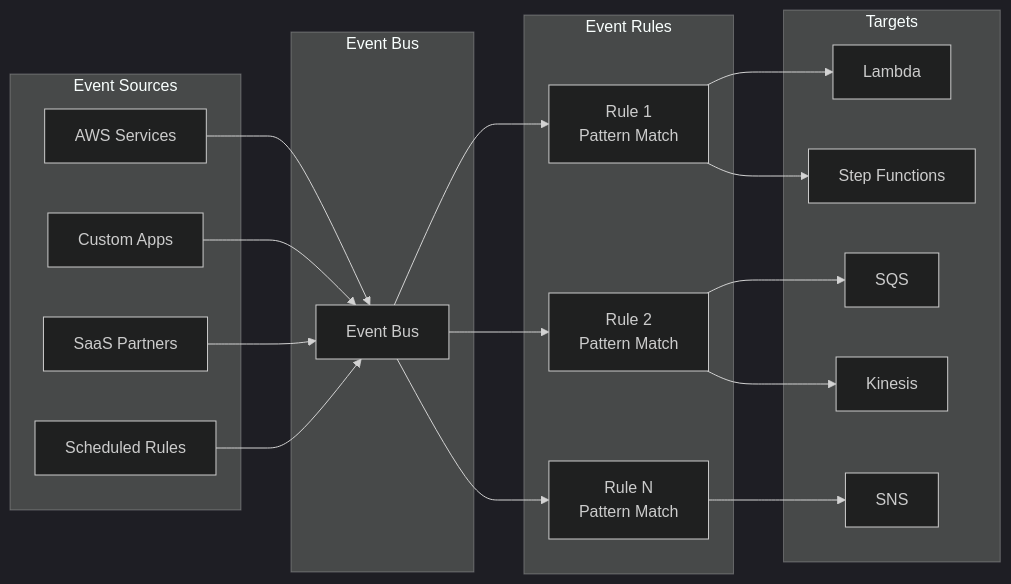
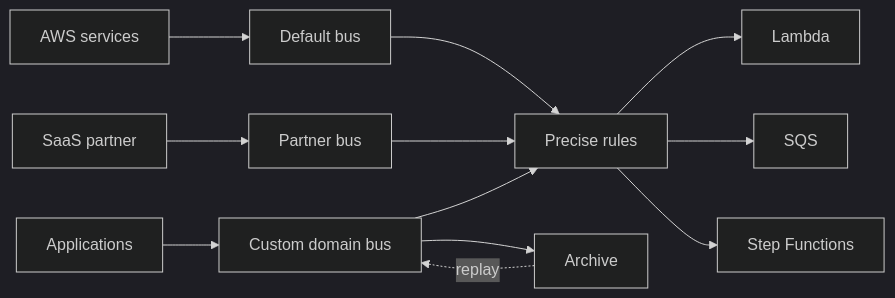
The first of 3 diagrams in Serverless/EventBridge-Best-Practices.md (AlexanderBesss/AWS_best_praactices), drawn with Mermaid (dark theme) before and after one commit. The commit also changed other lines of this file and 31 other files, not shown here.

````diff
--- a/Serverless/EventBridge-Best-Practices.md
+++ b/Serverless/EventBridge-Best-Practices.md
@@ -24,40 +17,14 @@
 ```mermaid
 flowchart LR
-    subgraph Sources["Event Sources"]
-        S1[AWS Services]
-        S2[Custom Apps]
-        S3[SaaS Partners]
-        S4[Scheduled Rules]
-    end
-
-    subgraph EventBus["Event Bus"]
-        EB[Event Bus]
-    end
-
-    subgraph Rules["Event Rules"]
-        R1[Rule 1\nPattern Match]
-        R2[Rule 2\nPattern Match]
-        R3[Rule N\nPattern Match]
-    end
-
-    subgraph Targets["Targets"]
-        T1[Lambda]
-        T2[SQS]
-        T3[SNS]
-        T4[Step Functions]
-        T5[Kinesis]
-    end
-
-    S1 --> EB
-    S2 --> EB
-    S3 --> EB
-    S4 --> EB
-    EB --> R1
-    EB --> R2
-    EB --> R3
-    R1 --> T1
-    R2 --> T2
-    R3 --> T3
-    R1 --> T4
-    R2 --> T5
+    P1["AWS services"] --> D["Default bus"]
+    P2["Applications"] --> C["Custom domain bus"]
+    P3["SaaS partner"] --> PB["Partner bus"]
+    D --> R1["Precise rules"]
+    C --> R1
+    PB --> R1
+    R1 --> T1["Lambda"]
+    R1 --> T2["SQS"]
+    R1 --> T3["Step Functions"]
+    C --> AR["Archive"]
+    AR -. replay .-> C
 ```
````
